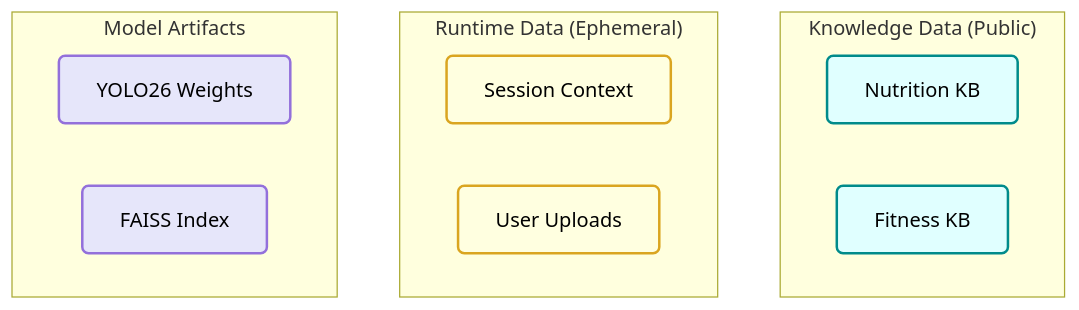
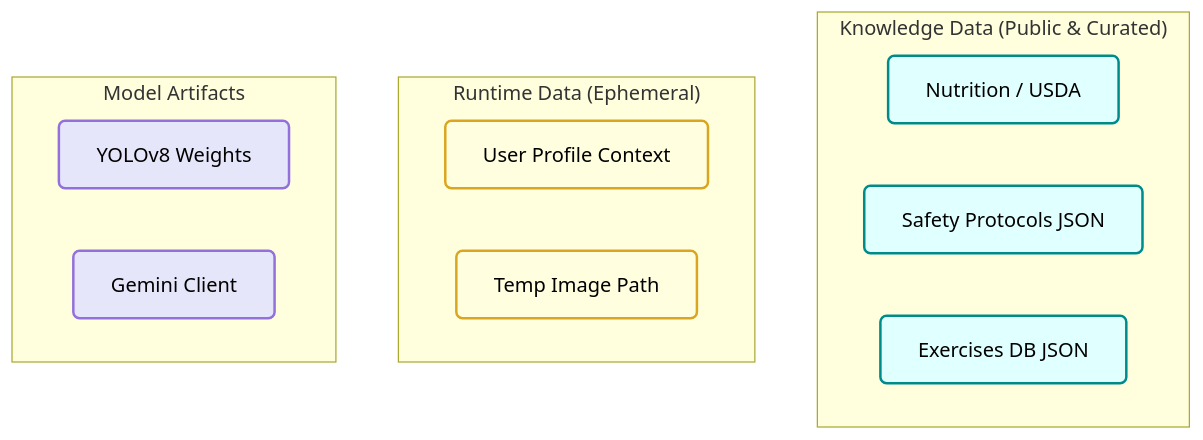
The diagram in docs/project-design/L3-Data-Architecture.md (kevinhust/capstonetest), drawn with Mermaid before and after one commit. The commit also changed other lines of this file and 126 other files, not shown here.

Commit message:
feat: Final architecture alignment (YOLOv8 + Gemini Hybrid, Safety RAG, Discord Bot) and documentation v1.3

````diff
--- a/docs/project-design/L3-Data-Architecture.md
+++ b/docs/project-design/L3-Data-Architecture.md
@@ -29,22 +30,23 @@
 ```mermaid
 graph TB
     %% Styles
     classDef know fill:#E0FFFF,stroke:#008B8B,stroke-width:2px,color:black,rx:5,ry:5;
     classDef runtime fill:#FFFFE0,stroke:#DAA520,stroke-width:2px,color:black,rx:5,ry:5;
     classDef model fill:#E6E6FA,stroke:#9370DB,stroke-width:2px,color:black,rx:5,ry:5;
 
-    subgraph "Knowledge Data (Public)"
-        NUT[Nutrition KB]:::know
-        FIT[Fitness KB]:::know
+    subgraph "Knowledge Data (Public & Curated)"
+        NUT[Nutrition / USDA]:::know
+        SAFE[Safety Protocols JSON]:::know
+        EX[Exercises DB JSON]:::know
     end
     
     subgraph "Runtime Data (Ephemeral)"
-        SES[Session Context]:::runtime
-        IMG[User Uploads]:::runtime
+        SES[User Profile Context]:::runtime
+        IMG[Temp Image Path]:::runtime
     end
     
     subgraph "Model Artifacts"
-        YOLO[YOLO26 Weights]:::model
-        IDX[FAISS Index]:::model
+        YOLO[YOLOv8 Weights]:::model
+        GEM[Gemini Client]:::model
     end
 ```
````
